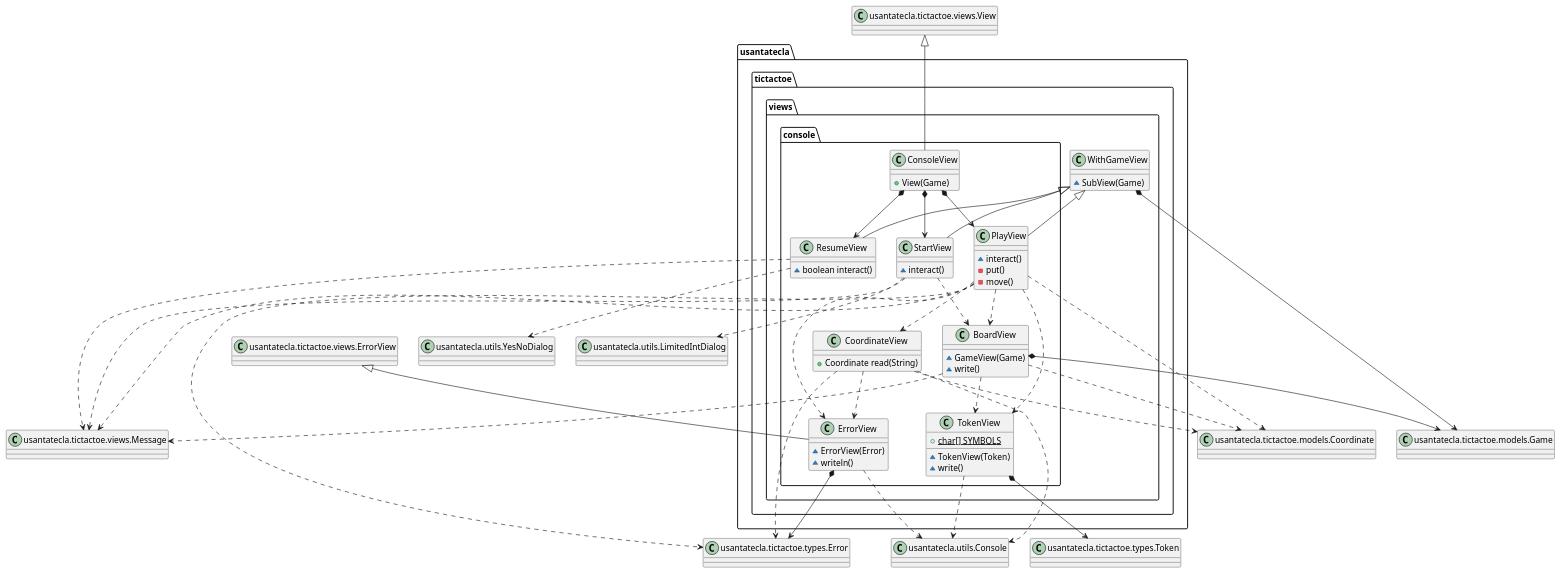
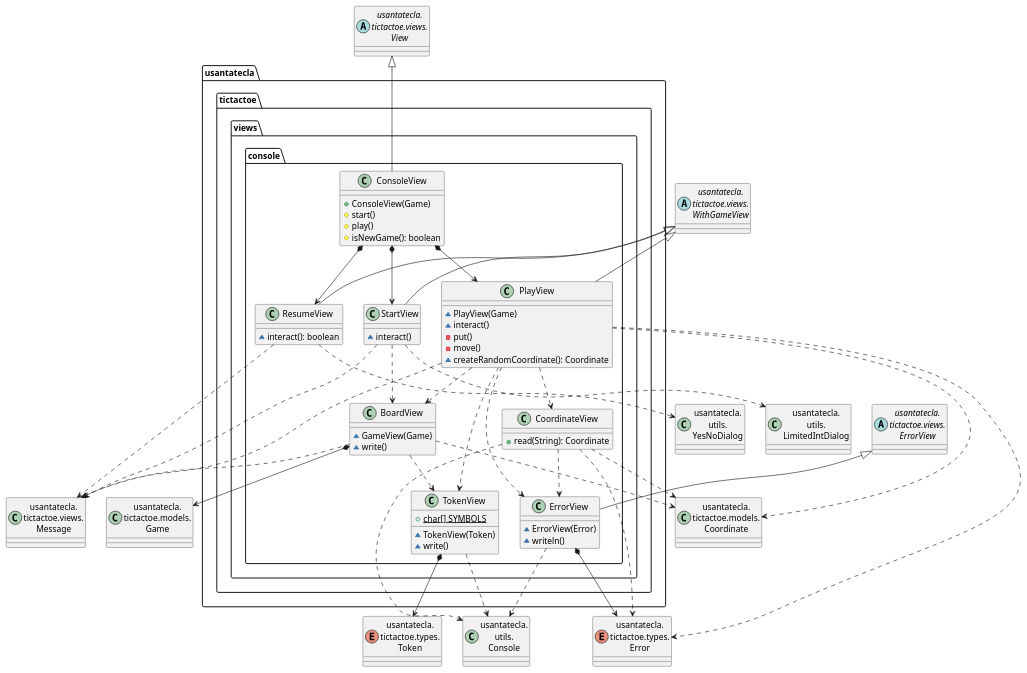
The third of 7 diagrams in documentView/withFactoryMethod/docs/diagrams/src/paquetes.plantuml (Jolucaa/USantaTecla-project-ticTacToe), drawn with PlantUML before and after one commit. The commit also changed other lines of this file and 111 other files, not shown here.

Commit message:
[dv] Added types package + refactored diagrams

```diff
--- a/documentView/withFactoryMethod/docs/diagrams/src/paquetes.plantuml
+++ b/documentView/withFactoryMethod/docs/diagrams/src/paquetes.plantuml
@@ -91,122 +85,89 @@
 @startuml tictactoe.views.console
+class Game as "usantatecla.\ntictactoe.models.\nGame"
+class Coordinate as "usantatecla.\ntictactoe.models.\nCoordinate"
+enum Error as "usantatecla.\ntictactoe.types.\nError"
+enum Token as "usantatecla.\ntictactoe.types.\nToken"
+abstract class WithGameView as "usantatecla.\ntictactoe.views.\nWithGameView"
+abstract class View as "usantatecla.\ntictactoe.views.\nView"
+abstract class ErrorView as "usantatecla.\ntictactoe.views.\nErrorView"
+class Message as "usantatecla.\ntictactoe.views.\nMessage"
+class Console as "usantatecla.\nutils.\nConsole"
+class YesNoDialog as "usantatecla.\nutils.\nYesNoDialog"
+class LimitedIntDialog as "usantatecla.\nutils.\nLimitedIntDialog"
+
 class usantatecla.tictactoe.views.console.CoordinateView {
-
-    + Coordinate read(String)
-
+	+ read(String): Coordinate
 }
-
 usantatecla.tictactoe.views.console.CoordinateView .down.> usantatecla.tictactoe.views.console.ErrorView
-
-class Coordinate as "usantatecla.tictactoe.models.Coordinate"
-class Error as "usantatecla.tictactoe.types.Error"
-class Console as "usantatecla.utils.Console"
-
 usantatecla.tictactoe.views.console.CoordinateView .down.> Console
 usantatecla.tictactoe.views.console.CoordinateView .down.> Error
 usantatecla.tictactoe.views.console.CoordinateView .down.> Coordinate
 
 class usantatecla.tictactoe.views.console.ErrorView {
-
 	~ ErrorView(Error)
 	~ writeln()
-
 }
-
-class ErrorView as "usantatecla.tictactoe.views.ErrorView"
-
-ErrorView <|-down- usantatecla.tictactoe.views.console.ErrorView
+usantatecla.tictactoe.views.console.ErrorView -up-|> ErrorView
 usantatecla.tictactoe.views.console.ErrorView .down.> Console
 usantatecla.tictactoe.views.console.ErrorView *-down-> Error
 
 class usantatecla.tictactoe.views.console.BoardView {
-
-    ~ GameView(Game)
+	~ GameView(Game)
 	~ write()
-
 }
-
-class Game as "usantatecla.tictactoe.models.Game"
-class Message as "usantatecla.tictactoe.views.Message"
-
 usantatecla.tictactoe.views.console.BoardView *-down-> Game
+usantatecla.tictactoe.views.console.BoardView .down.> usantatecla.tictactoe.views.console.TokenView
 usantatecla.tictactoe.views.console.BoardView .down.> Coordinate
 usantatecla.tictactoe.views.console.BoardView .down.> Message
-usantatecla.tictactoe.views.console.BoardView .down.> usantatecla.tictactoe.views.console.TokenView
-
-class usantatecla.tictactoe.views.WithGameView {
-
-	~ SubView(Game)
-
-}
-
-usantatecla.tictactoe.views.WithGameView *-down-> Game
 
 class usantatecla.tictactoe.views.console.PlayView {
-
-    ~ interact()
-    - put()
-    - move()
-
+	~ PlayView(Game)
+	~ interact()
+	- put()
+	- move()
+	~ createRandomCoordinate(): Coordinate
 }
-
-usantatecla.tictactoe.views.WithGameView <|-down- usantatecla.tictactoe.views.console.PlayView
-usantatecla.tictactoe.views.console.PlayView .down.> Coordinate
-usantatecla.tictactoe.views.console.PlayView .down.> Message
-usantatecla.tictactoe.views.console.PlayView .down.> Error
+WithGameView <|-down- usantatecla.tictactoe.views.console.PlayView
 usantatecla.tictactoe.views.console.PlayView .down.> usantatecla.tictactoe.views.console.ErrorView
 usantatecla.tictactoe.views.console.PlayView .down.> usantatecla.tictactoe.views.console.CoordinateView
 usantatecla.tictactoe.views.console.PlayView .down.> usantatecla.tictactoe.views.console.BoardView
 usantatecla.tictactoe.views.console.PlayView .down.> usantatecla.tictactoe.views.console.TokenView
+usantatecla.tictactoe.views.console.PlayView .down.> Coordinate
+usantatecla.tictactoe.views.console.PlayView .down.> Message
+usantatecla.tictactoe.views.console.PlayView .down.> Error
 
 class usantatecla.tictactoe.views.console.ResumeView {
-
-	~ boolean interact()
-
+	~ interact(): boolean
 }
-
-class YesNoDialog as "usantatecla.utils.YesNoDialog"
-
-usantatecla.tictactoe.views.WithGameView <|-down- usantatecla.tictactoe.views.console.ResumeView
+WithGameView <|-down- usantatecla.tictactoe.views.console.ResumeView
 usantatecla.tictactoe.views.console.ResumeView .down.> Message
 usantatecla.tictactoe.views.console.ResumeView .down.> YesNoDialog
 
 class usantatecla.tictactoe.views.console.StartView {
-
 	~ interact()
-
 }
-
-class LimitedIntDialog as "usantatecla.utils.LimitedIntDialog"
-
-usantatecla.tictactoe.views.WithGameView <|-down- usantatecla.tictactoe.views.console.StartView
+WithGameView <|-down- usantatecla.tictactoe.views.console.StartView
+usantatecla.tictactoe.views.console.StartView .down.> usantatecla.tictactoe.views.console.BoardView
 usantatecla.tictactoe.views.console.StartView .down.> Message
 usantatecla.tictactoe.views.console.StartView .down.> LimitedIntDialog
-usantatecla.tictactoe.views.console.StartView .down.> usantatecla.tictactoe.views.console.BoardView
 
 class usantatecla.tictactoe.views.console.TokenView {
-
 	+ {static} char[] SYMBOLS
-
 	~ TokenView(Token)
 	~ write()
-
 }
-
-class Token as "usantatecla.tictactoe.types.Token"
-
 usantatecla.tictactoe.views.console.TokenView *-down-> Token
 usantatecla.tictactoe.views.console.TokenView .down.> Console
 
 class usantatecla.tictactoe.views.console.ConsoleView {
-
-	+ View(Game)
-
+	+ ConsoleView(Game)
+	# start()
+	# play()
+	# isNewGame(): boolean
 }
-
-class View as "usantatecla.tictactoe.views.View"
-
 View <|-down- usantatecla.tictactoe.views.console.ConsoleView
 usantatecla.tictactoe.views.console.ConsoleView *-down-> usantatecla.tictactoe.views.console.ResumeView
 usantatecla.tictactoe.views.console.ConsoleView *-down-> usantatecla.tictactoe.views.console.PlayView
 usantatecla.tictactoe.views.console.ConsoleView *-down-> usantatecla.tictactoe.views.console.StartView
+
 @enduml
```
